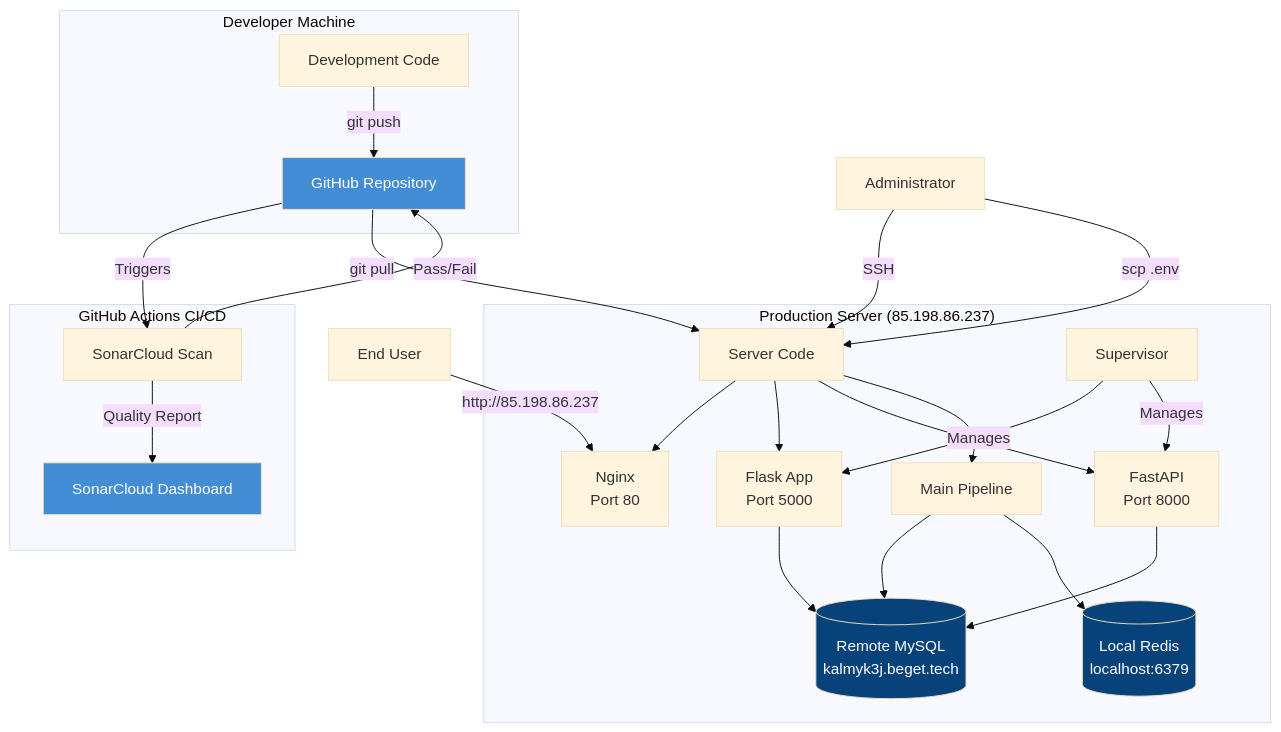
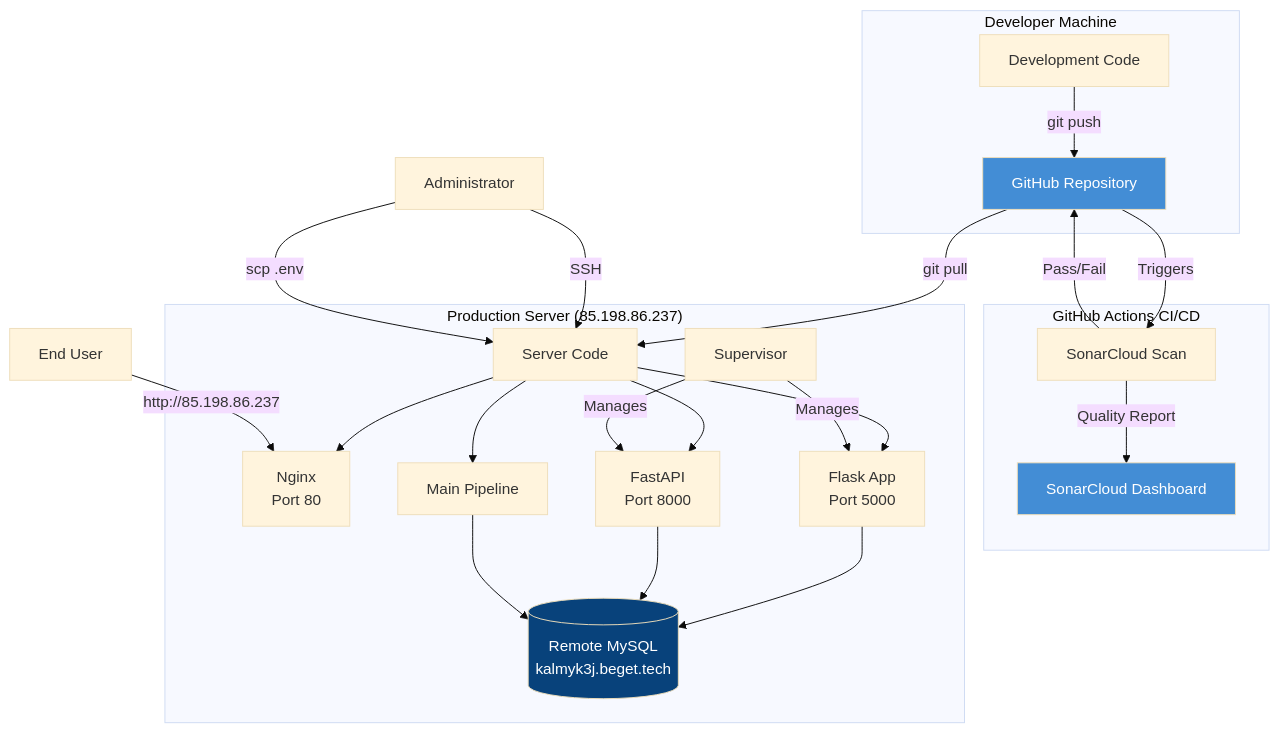
One commit to hauptmann1971/b2b-contact-miner changed the eighth of 8 diagrams in doc/C4_ARCHITECTURE.md. Above: the diagram before and after it, drawn with Mermaid (base theme). The commit also changed other lines of this file and 10 other files, not shown here.

First line of the commit message:
Align architecture docs and diagrams with current DB-backed queue design.

````diff
--- a/doc/C4_ARCHITECTURE.md
+++ b/doc/C4_ARCHITECTURE.md
@@ -375,39 +369,37 @@
 ```mermaid
 graph TB
     subgraph "Developer Machine"
         DevCode[Development Code] -->|git push| GitHub[GitHub Repository]
     end
     
     subgraph "GitHub Actions CI/CD"
         GitHub -->|Triggers| SonarScan[SonarCloud Scan]
         SonarScan -->|Quality Report| SonarCloud[SonarCloud Dashboard]
         SonarScan -->|Pass/Fail| GitHub
     end
     
     subgraph "Production Server (85.198.86.237)"
         GitHub -->|git pull| ServerCode[Server Code]
         
         ServerCode --> Nginx[Nginx<br/>Port 80]
         ServerCode --> FlaskApp[Flask App<br/>Port 5000]
         ServerCode --> FastAPI[FastAPI<br/>Port 8000]
         ServerCode --> Pipeline[Main Pipeline]
         
         Supervisor[Supervisor] -->|Manages| FlaskApp
         Supervisor -->|Manages| FastAPI
         
         FlaskApp --> RemoteDB[(Remote MySQL<br/>kalmyk3j.beget.tech)]
         FastAPI --> RemoteDB
         Pipeline --> RemoteDB
         
-        Pipeline --> LocalRedis[(Local Redis<br/>localhost:6379)]
     end
     
     User[End User] -->|http://85.198.86.237| Nginx
     Admin[Administrator] -->|SSH| ServerCode
     Admin -->|scp .env| ServerCode
     
     style GitHub fill:#438dd5,color:#fff
     style SonarCloud fill:#438dd5,color:#fff
     style RemoteDB fill:#08427b,color:#fff
-    style LocalRedis fill:#08427b,color:#fff
 ```
````
